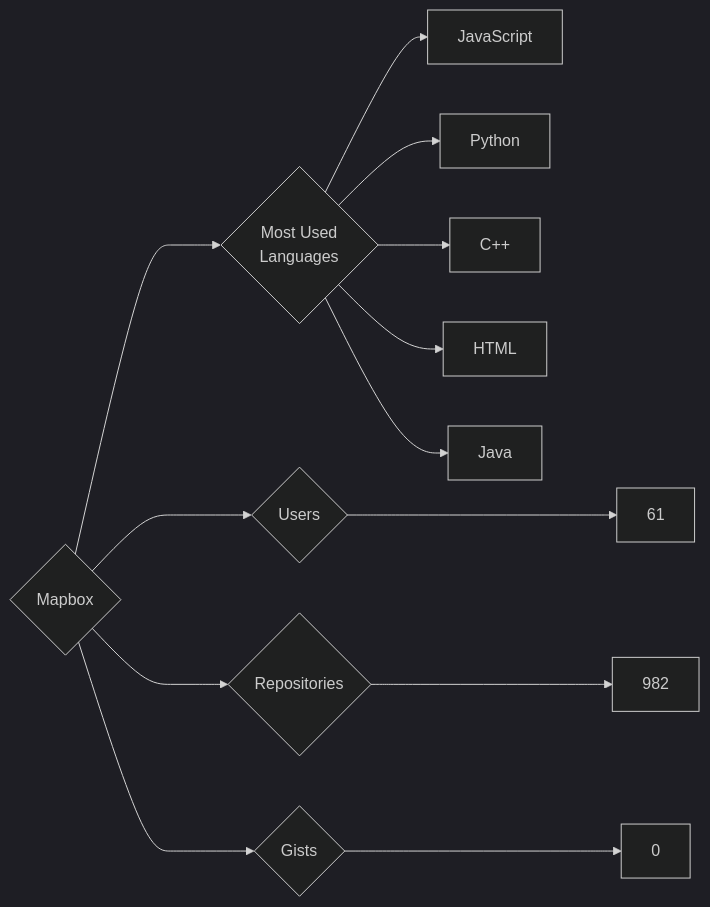
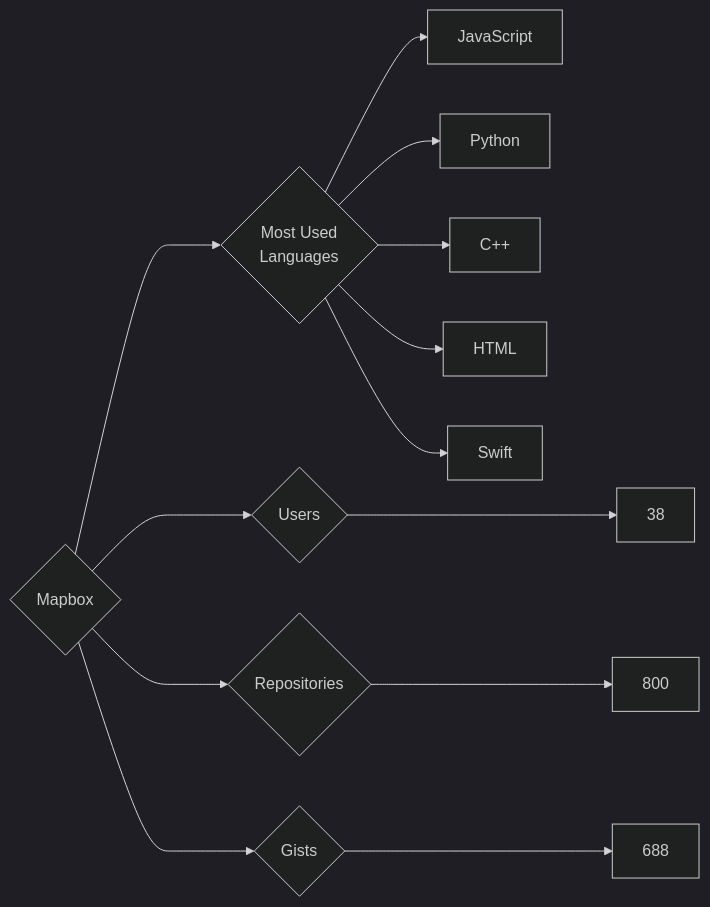
The diagram in targets/Mapbox/README.md (trickest/insiders), drawn with Mermaid (dark theme) before and after one commit. The commit also changed 932 other files, not shown here.

````diff
--- a/targets/Mapbox/README.md
+++ b/targets/Mapbox/README.md
@@ -3,13 +3,13 @@
 ```mermaid
 graph LR
 COMPANY_NAME{Mapbox}
-COMPANY_NAME ---> U{Users} ---> UN[61]
-COMPANY_NAME ---> R{Repositories} ---> RN[982]
-COMPANY_NAME ---> G{Gists} ---> GN[0]
+COMPANY_NAME ---> U{Users} ---> UN[38]
+COMPANY_NAME ---> R{Repositories} ---> RN[800]
+COMPANY_NAME ---> G{Gists} ---> GN[688]
 COMPANY_NAME ---> ML{Most Used<br>Languages}
 ML --> JavaScript[JavaScript]
 ML --> Python[Python]
 ML --> C++[C++]
 ML --> HTML[HTML]
-ML --> Java[Java]
+ML --> Swift[Swift]
 ```
````
